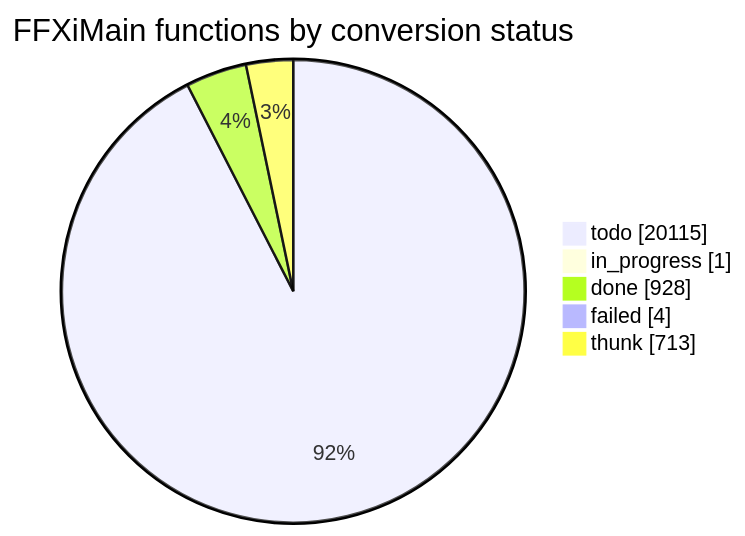
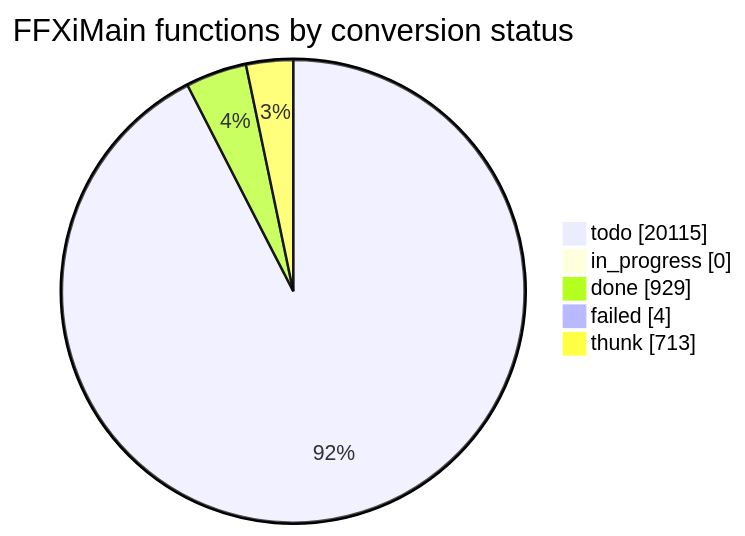
Before and after one commit to cowrevenge/cow_kuluu_xi_anything: the diagram in docs/cow/STATUS.md, drawn with Mermaid. The commit also changed other lines of this file and 9 other files, not shown here.

````diff
--- a/docs/cow/STATUS.md
+++ b/docs/cow/STATUS.md
@@ -18,9 +18,9 @@
 ```mermaid
 pie showData
     title FFXiMain functions by conversion status
     "todo" : 20115
-    "in_progress" : 1
-    "done" : 928
+    "in_progress" : 0
+    "done" : 929
     "failed" : 4
     "thunk" : 713
 ```
````
